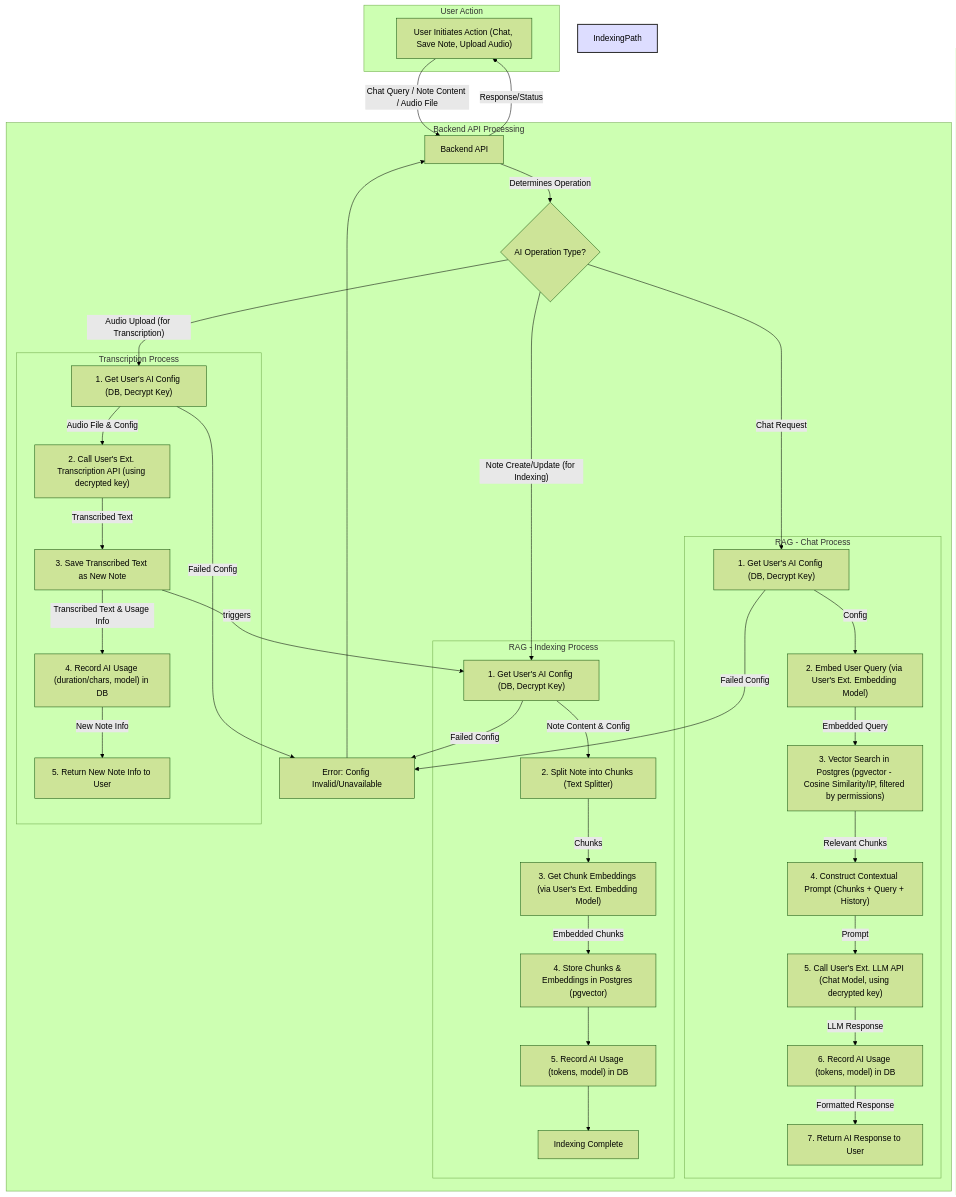
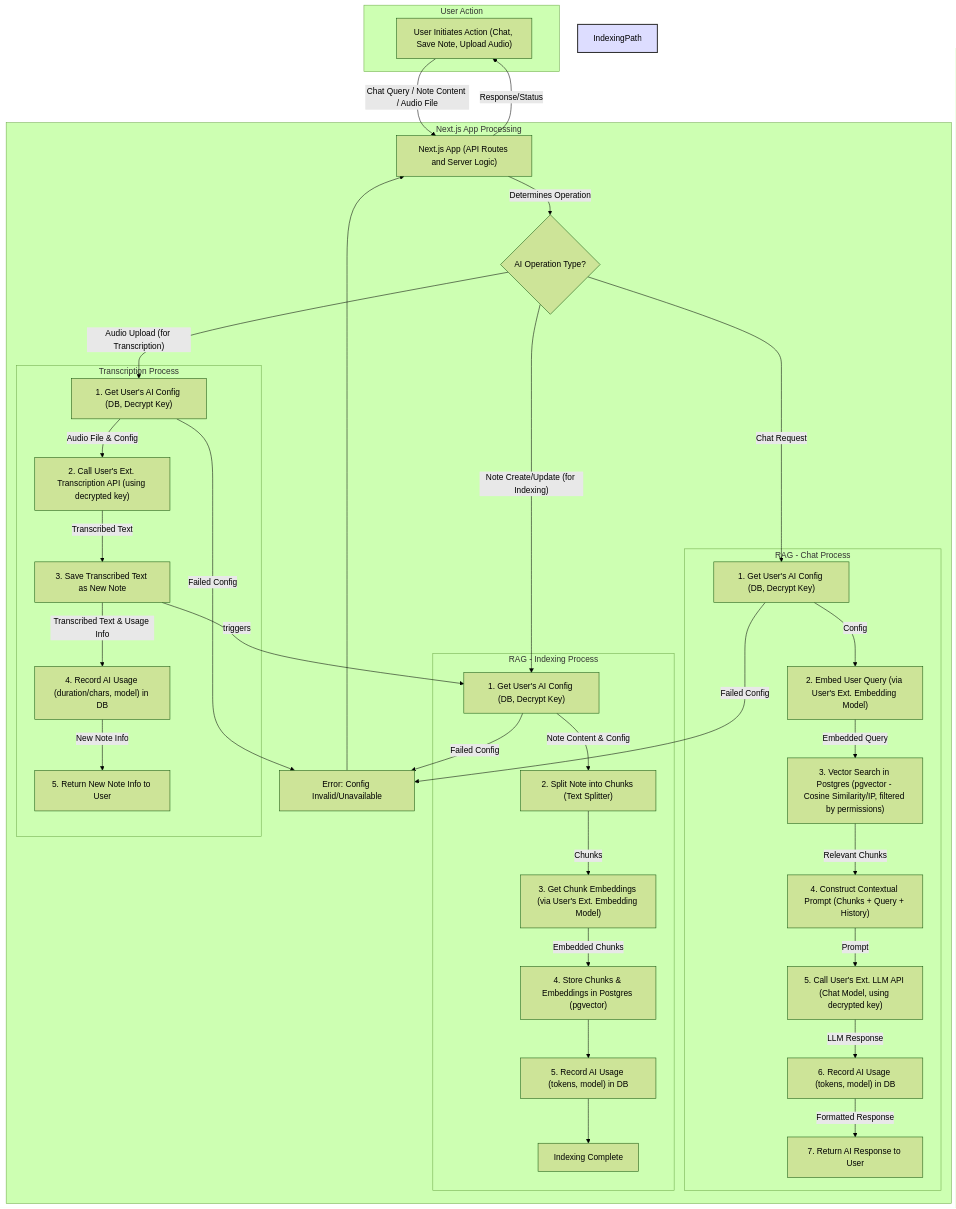
One commit to ncls-p/notes changed the second of 2 diagrams in DAT.md. Above: the diagram before and after it, drawn with Mermaid (forest theme). The commit also changed other lines of this file and 7 other files, not shown here.

````diff
--- a/DAT.md
+++ b/DAT.md
@@ -575,53 +554,53 @@
 ```mermaid
 graph TD
     subgraph User Action
         U["User Initiates Action (Chat, Save Note, Upload Audio)"]
     end
 
-    U -- Chat Query / Note Content / Audio File --> B[Backend API]
+    U -- Chat Query / Note Content / Audio File --> App["Next.js App (API Routes and Server Logic)"]
 
-    subgraph "Backend API Processing"
-        B -- Determines Operation --> C{AI Operation Type?}
+    subgraph "Next.js App Processing"
+        App -- Determines Operation --> C{AI Operation Type?}
 
         C -- Chat Request --> ChatPath_Start
         C -- Note Create/Update (for Indexing) --> IndexingPath_Start
         C -- Audio Upload (for Transcription) --> TranscriptionPath_Start
 
         subgraph "RAG - Chat Process"
             ChatPath_Start["1. Get User's AI Config (DB, Decrypt Key)"]
             ChatPath_Start -- Config --> ChatPath_EmbedQuery["2. Embed User Query (via User's Ext. Embedding Model)"]
             ChatPath_EmbedQuery -- Embedded Query --> ChatPath_VectorSearch["3. Vector Search in Postgres (pgvector - Cosine Similarity/IP, filtered by permissions)"]
             ChatPath_VectorSearch -- Relevant Chunks --> ChatPath_ConstructPrompt["4. Construct Contextual Prompt (Chunks + Query + History)"]
             ChatPath_ConstructPrompt -- Prompt --> ChatPath_CallLLM["5. Call User's Ext. LLM API (Chat Model, using decrypted key)"]
             ChatPath_CallLLM -- LLM Response --> ChatPath_RecordUsage["6. Record AI Usage (tokens, model) in DB"]
             ChatPath_RecordUsage -- Formatted Response --> ChatPath_End[7. Return AI Response to User]
         end
 
         subgraph "RAG - Indexing Process"
             style IndexingPath fill:#ddf,stroke:#333,stroke-width:2px
             IndexingPath_Start["1. Get User's AI Config (DB, Decrypt Key)"]
             IndexingPath_Start -- Note Content & Config --> IndexingPath_Split["2. Split Note into Chunks (Text Splitter)"]
             IndexingPath_Split -- Chunks --> IndexingPath_EmbedChunks["3. Get Chunk Embeddings (via User's Ext. Embedding Model)"]
             IndexingPath_EmbedChunks -- Embedded Chunks --> IndexingPath_StoreEmbeddings["4. Store Chunks & Embeddings in Postgres (pgvector)"]
             IndexingPath_StoreEmbeddings --> IndexingPath_RecordUsage["5. Record AI Usage (tokens, model) in DB"]
             IndexingPath_RecordUsage --> IndexingPath_End[Indexing Complete]
         end
 
         subgraph "Transcription Process"
             TranscriptionPath_Start["1. Get User's AI Config (DB, Decrypt Key)"]
             TranscriptionPath_Start -- Audio File & Config --> TranscriptionPath_CallAPI["2. Call User's Ext. Transcription API (using decrypted key)"]
             TranscriptionPath_CallAPI -- Transcribed Text --> TranscriptionPath_SaveNote[3. Save Transcribed Text as New Note]
             TranscriptionPath_SaveNote -- triggers --> IndexingPath_Start
             %% Trigger RAG Indexing for the new note
             TranscriptionPath_SaveNote -- Transcribed Text & Usage Info --> TranscriptionPath_RecordUsage["4. Record AI Usage (duration/chars, model) in DB"]
             TranscriptionPath_RecordUsage -- New Note Info --> TranscriptionPath_End[5. Return New Note Info to User]
         end
 
         ChatPath_Start -- Failed Config --> Error["Error: Config Invalid/Unavailable"]
         IndexingPath_Start -- Failed Config --> Error["Error: Config Invalid/Unavailable"]
         TranscriptionPath_Start -- Failed Config --> Error["Error: Config Invalid/Unavailable"]
-        Error --> B
+        Error --> App
     end
 
-    B -- Response/Status --> U
+    App -- Response/Status --> U
 ```
````
